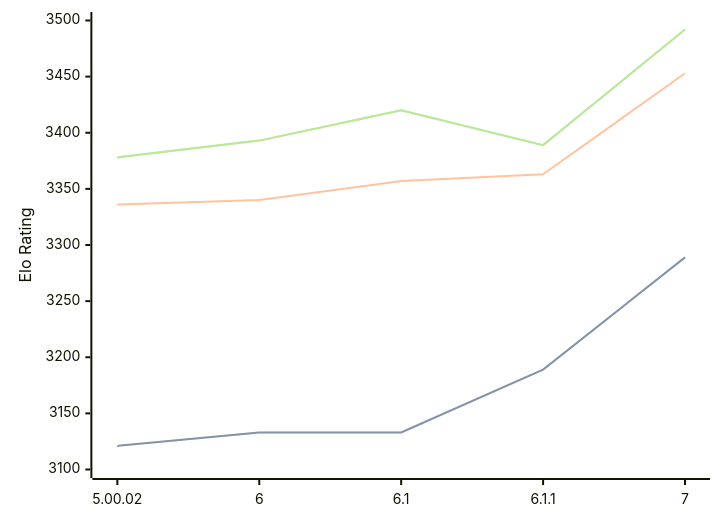
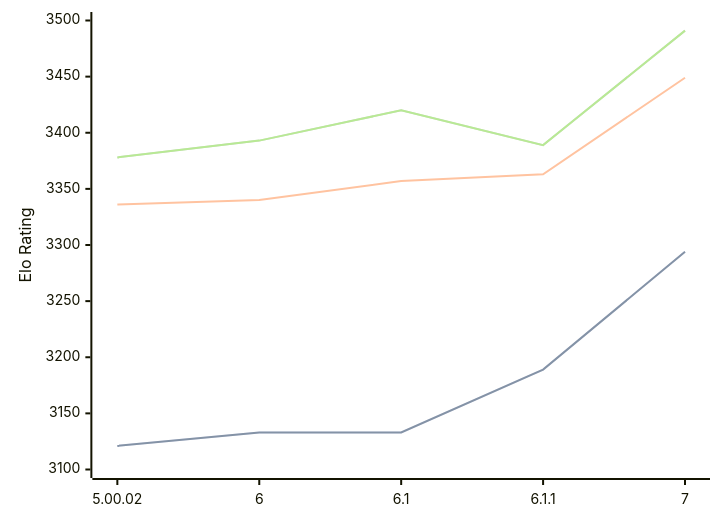
Before and after one commit to computer-chess-index/cci: the diagram in engines/Zangdar.md, drawn with Mermaid. The commit also changed other lines of this file, not shown here.

Commit message:
Update CCI Ratings (ELO VLTC) - 2026-07-21

````diff
--- a/engines/Zangdar.md
+++ b/engines/Zangdar.md
@@ -47,11 +47,11 @@
 ```mermaid
 %%{init: {"theme":"base","themeVariables":{"seriesColors:['#a3a3a3','#222221','#faa371']}}}%%
 xychart-beta
   x-axis ["5.00.02", "6", "6.1", "6.1.1", "7"]
   y-axis "Elo Rating" 3100 --> 3500
-  line "STC (8.0+0.08s)" [3121, 3133, 3133, 3189, 3289]
-  line "STC (8.0+0.08s)" [3121, 3133, 3133, 3189, 3289]
-  line "LTC (60.0+0.60s)" [3336, 3340, 3357, 3363, 3453]
-  line "VLTC (2m24s+1.12s)" [3378, 3393, 3420, 3389, 3492]
-  line "VLTC (2m24s+1.12s)" [3378, 3393, 3420, 3389, 3492]
+  line "STC (8.0+0.08s)" [3121, 3133, 3133, 3189, 3294]
+  line "STC (8.0+0.08s)" [3121, 3133, 3133, 3189, 3294]
+  line "LTC (60.0+0.60s)" [3336, 3340, 3357, 3363, 3449]
+  line "VLTC (2m24s+1.12s)" [3378, 3393, 3420, 3389, 3491]
+  line "VLTC (2m24s+1.12s)" [3378, 3393, 3420, 3389, 3491]
 ```
````
